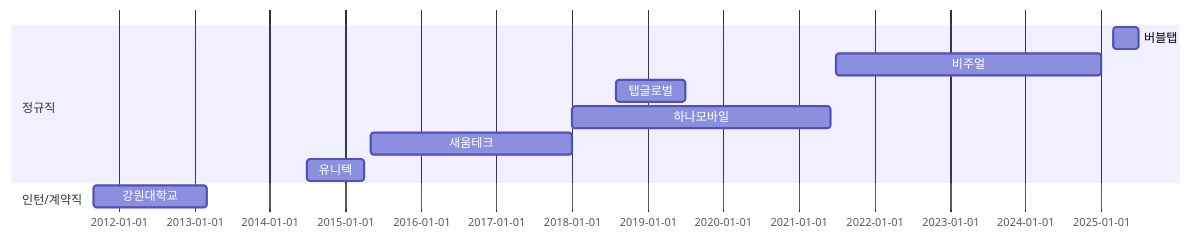
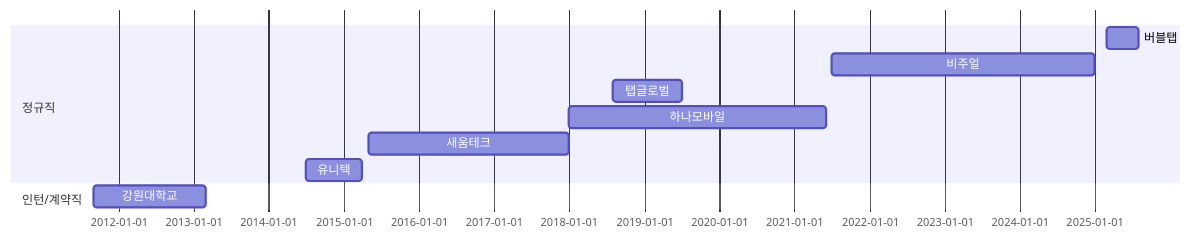
The second of 3 diagrams in PORTFOLIO.md (talq44/resume_portfolio), drawn with Mermaid before and after one commit. The commit also changed other lines of this file and 1 other file, not shown here.

````diff
--- a/PORTFOLIO.md
+++ b/PORTFOLIO.md
@@ -80,13 +80,13 @@
 ``` mermaid
 gantt
   dateFormat  YYYY-MM
   section 정규직
-  버블탭 :i4, 2025-03, 2025-07
+  버블탭 :i4, 2025-03, 2025-08
   비주얼 :i3, 2021-07, 2025-01
   탭글로벌 :i2, 2018-08, 2019-07
   하나모바일 :i2, 2018-01, 2021-06
   새움테크 :i1, 2015-05, 2018-01
   유니텍 : c1, 2014-07, 2015-04
   section 인턴/계약직
   강원대학교 :a2, 2011-09, 2013-03
 ```
````
